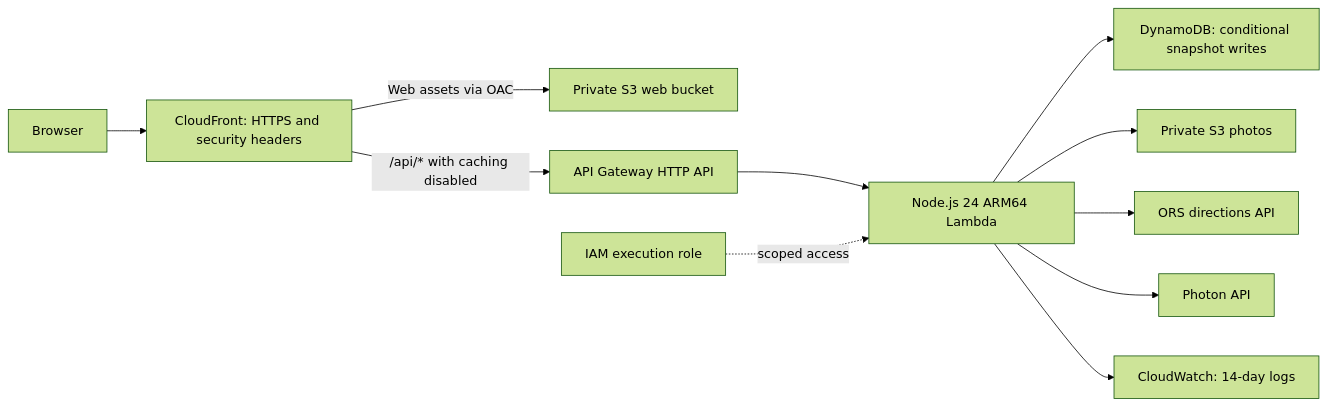
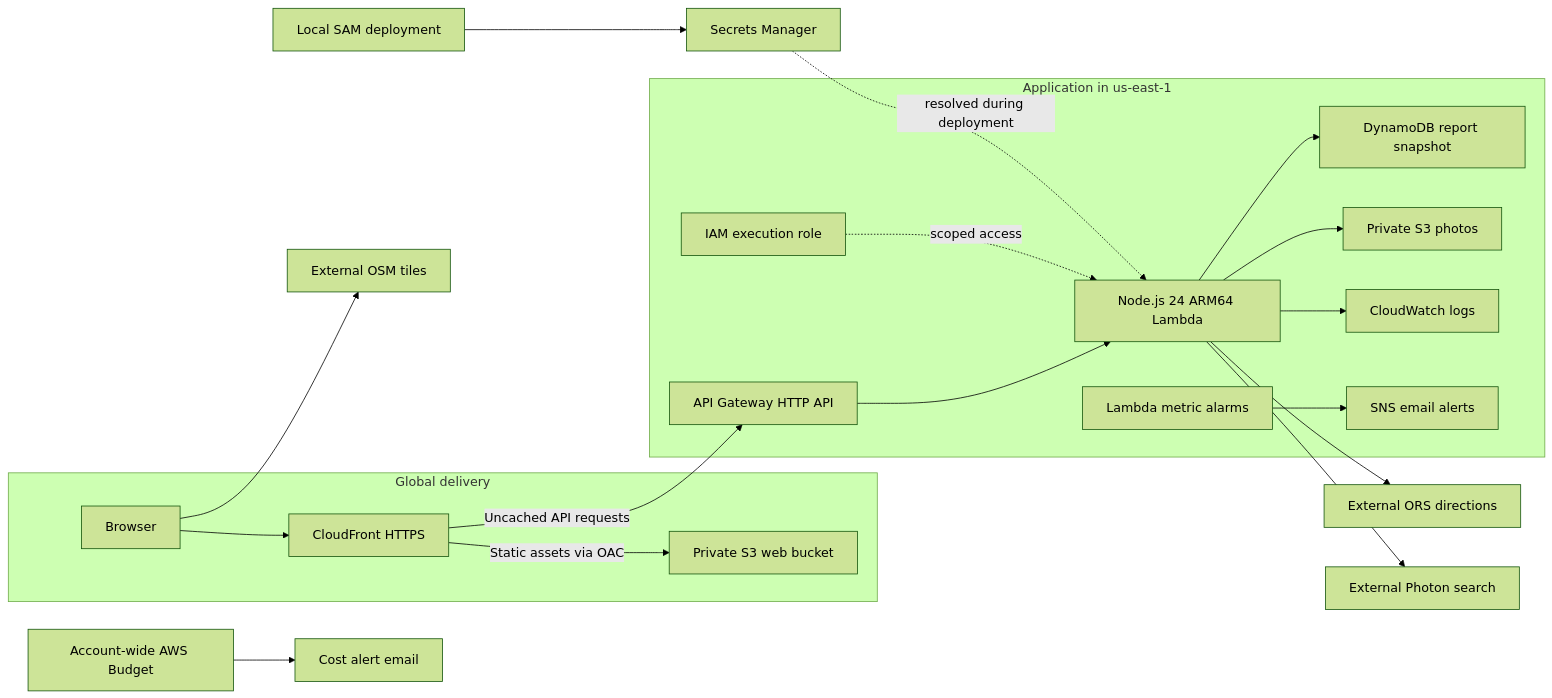
One commit to aditya-raj9125/PaaniPath changed the fourth of 4 diagrams in README.md. Above: the diagram before and after it, drawn with Mermaid (forest theme). The commit also changed other lines of this file and 3 other files, not shown here.

````diff
--- a/README.md
+++ b/README.md
@@ -169,13 +180,22 @@
 ```mermaid
 flowchart LR
-  Browser[Browser] --> CDN[CloudFront: HTTPS and security headers]
-  CDN -->|Web assets via OAC| WebBucket[Private S3 web bucket]
-  CDN -->|/api/* with caching disabled| API[API Gateway HTTP API]
-  API --> Lambda[Node.js 24 ARM64 Lambda]
-  Lambda --> Table[DynamoDB: conditional snapshot writes]
-  Lambda --> Photos[Private S3 photos]
-  Lambda --> ORS[ORS directions API]
-  Lambda --> Photon[Photon API]
-  Lambda --> Logs[CloudWatch: 14-day logs]
-  Role[IAM execution role] -. scoped access .-> Lambda
+  subgraph Delivery[Global delivery]
+    Browser[Browser] --> CDN[CloudFront HTTPS]
+    CDN -->|Static assets via OAC| WebBucket[Private S3 web bucket]
+  end
+  subgraph Regional[Application in us-east-1]
+    API[API Gateway HTTP API] --> Lambda[Node.js 24 ARM64 Lambda]
+    Lambda --> Table[DynamoDB report snapshot]
+    Lambda --> Photos[Private S3 photos]
+    Lambda --> Logs[CloudWatch logs]
+    Alarms[Lambda metric alarms] --> SNS[SNS email alerts]
+    Role[IAM execution role] -. scoped access .-> Lambda
+  end
+  CDN -->|Uncached API requests| API
+  Lambda --> ORS[External ORS directions]
+  Lambda --> Photon[External Photon search]
+  Browser --> Tiles[External OSM tiles]
+  Deploy[Local SAM deployment] --> Secret[Secrets Manager]
+  Secret -. resolved during deployment .-> Lambda
+  Budget[Account-wide AWS Budget] --> Email[Cost alert email]
 ```
````
